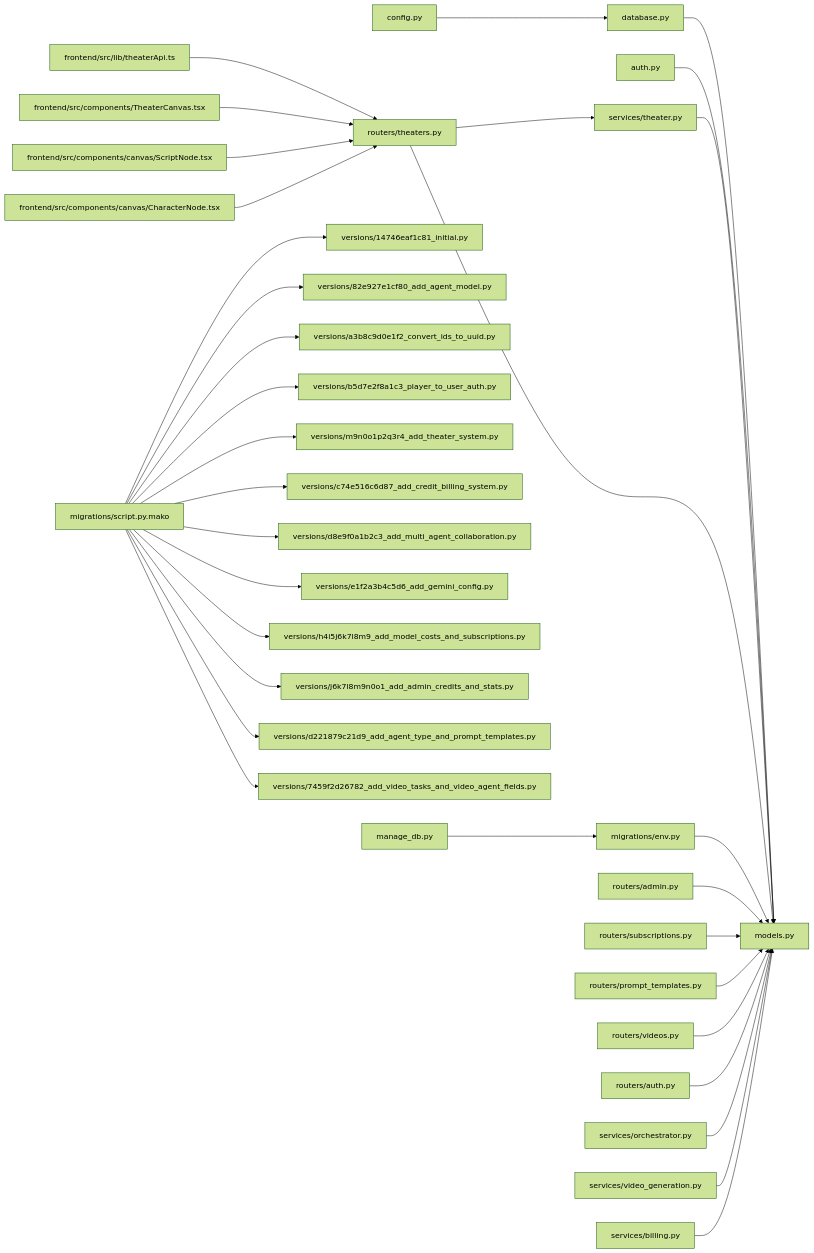
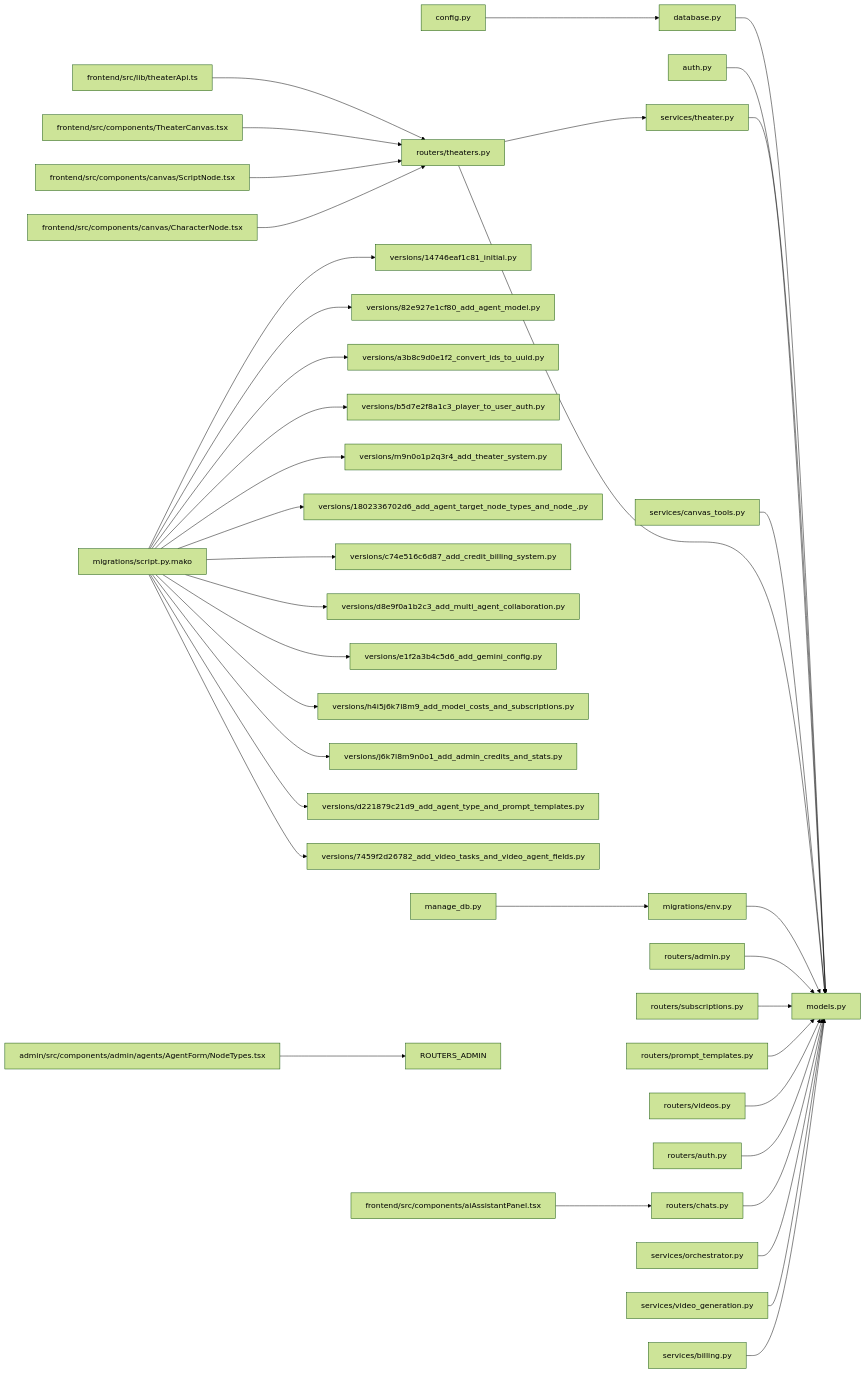
Before and after one commit to KunLabAI/KunFlix: the fourth of 5 diagrams in .qoder/repowiki/zh/content/后端开发指南/数据库模型设计.md, drawn with Mermaid (forest theme). The commit also changed other lines of this file and 15 other files, not shown here.

````diff
--- a/.qoder/repowiki/zh/content/后端开发指南/数据库模型设计.md
+++ b/.qoder/repowiki/zh/content/后端开发指南/数据库模型设计.md
@@ -1030,35 +1097,40 @@
 ```mermaid
 graph LR
 CFG["config.py"] --> DB["database.py"]
 DB --> MODELS["models.py"]
 AUTH["auth.py"] --> MODELS
 THEATER_ROUTER["routers/theaters.py"] --> THEATER_SERVICE["services/theater.py"]
 THEATER_SERVICE --> MODELS
+CANVAS_TOOLS["services/canvas_tools.py"] --> MODELS
 THEATER_ROUTER --> MODELS
 ENV["migrations/env.py"] --> MODELS
 SCRIPT["migrations/script.py.mako"] --> V1["versions/14746eaf1c81_initial.py"]
 SCRIPT --> V2["versions/82e927e1cf80_add_agent_model.py"]
 SCRIPT --> VUUID["versions/a3b8c9d0e1f2_convert_ids_to_uuid.py"]
 SCRIPT --> VUSER["versions/b5d7e2f8a1c3_player_to_user_auth.py"]
 SCRIPT --> VTHEATER["versions/m9n0o1p2q3r4_add_theater_system.py"]
+SCRIPT --> VPERMISSION["versions/1802336702d6_add_agent_target_node_types_and_node_.py"]
 SCRIPT --> VC["versions/c74e516c6d87_add_credit_billing_system.py"]
 SCRIPT --> VM["versions/d8e9f0a1b2c3_add_multi_agent_collaboration.py"]
 SCRIPT --> VG["versions/e1f2a3b4c5d6_add_gemini_config.py"]
 SCRIPT --> VS["versions/h4i5j6k7l8m9_add_model_costs_and_subscriptions.py"]
 SCRIPT --> VA["versions/j6k7l8m9n0o1_add_admin_credits_and_stats.py"]
 SCRIPT --> VP["versions/d221879c21d9_add_agent_type_and_prompt_templates.py"]
 SCRIPT --> VV["versions/7459f2d26782_add_video_tasks_and_video_agent_fields.py"]
 ROUTERS_A["routers/admin.py"] --> MODELS
 ROUTERS_S["routers/subscriptions.py"] --> MODELS
 ROUTERS_P["routers/prompt_templates.py"] --> MODELS
 ROUTERS_V["routers/videos.py"] --> MODELS
 ROUTERS_AUTH["routers/auth.py"] --> MODELS
+ROUTERS_CHAT["routers/chats.py"] --> MODELS
 SVC_O["services/orchestrator.py"] --> MODELS
 SVC_V["services/video_generation.py"] --> MODELS
 SVC_B["services/billing.py"] --> MODELS
 FRONTEND_THEATER["frontend/src/lib/theaterApi.ts"] --> THEATER_ROUTER
 FRONTEND_CANVAS["frontend/src/components/TheaterCanvas.tsx"] --> THEATER_ROUTER
 FRONTEND_SCRIPT["frontend/src/components/canvas/ScriptNode.tsx"] --> THEATER_ROUTER
 FRONTEND_CHAR["frontend/src/components/canvas/CharacterNode.tsx"] --> THEATER_ROUTER
+FRONTEND_AI["frontend/src/components/aiAssistantPanel.tsx"] --> ROUTERS_CHAT
+ADMIN_FORM["admin/src/components/admin/agents/AgentForm/NodeTypes.tsx"] --> ROUTERS_ADMIN
 MAN["manage_db.py"] --> ENV
 ```
````
